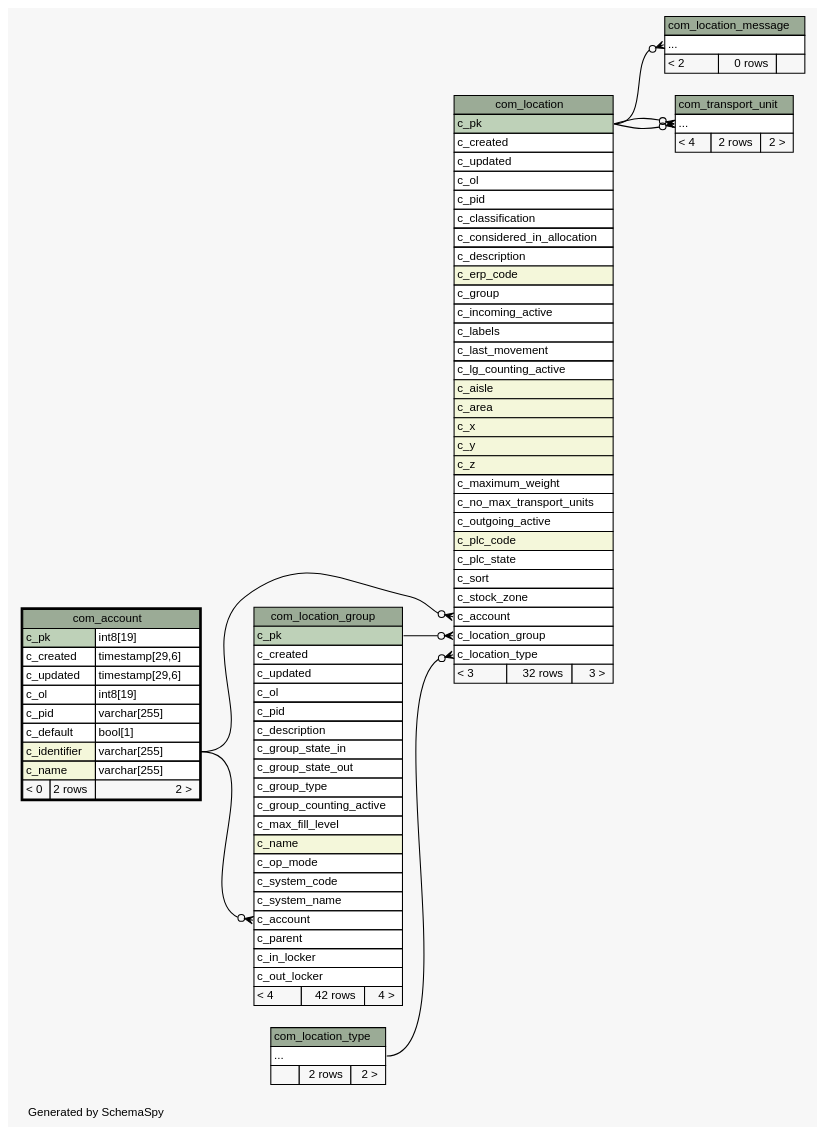
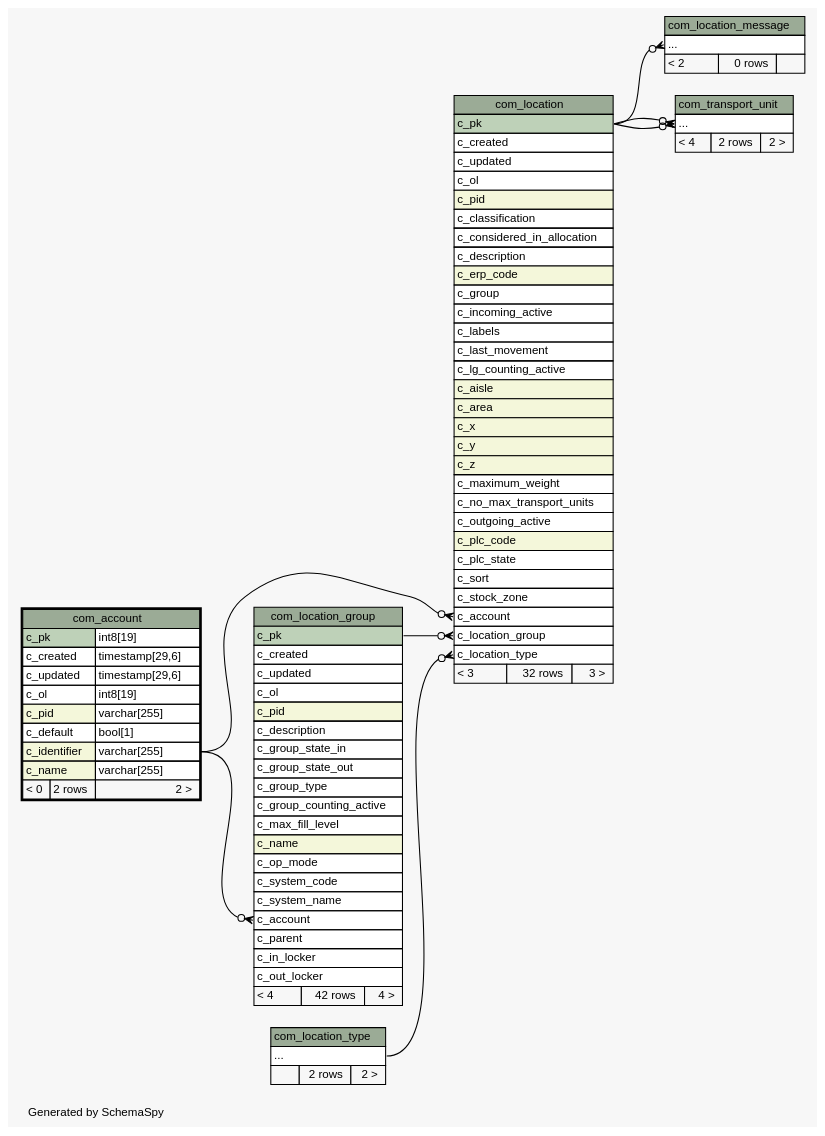
The diagram in 2.0.0-SNAPSHOT/schemaspy/diagrams/com_account.2degrees.dot (openwms/org.openwms.common.service.lib), drawn with Graphviz before and after one commit. The commit also changed 522 other files, not shown here.

```diff
--- a/2.0.0-SNAPSHOT/schemaspy/diagrams/com_account.2degrees.dot
+++ b/2.0.0-SNAPSHOT/schemaspy/diagrams/com_account.2degrees.dot
@@ -1,142 +1,142 @@
 // dot 2.43.0 on Linux 5.11.0-1028-azure
 // SchemaSpy rev Unknown
 digraph "twoDegreesRelationshipsDiagram" {
   graph [
     rankdir="RL"
     bgcolor="#f7f7f7"
     label="\nGenerated by SchemaSpy"
     labeljust="l"
     nodesep="0.18"
     ranksep="0.46"
     fontname="Helvetica"
     fontsize="11"
   ];
   node [
     fontname="Helvetica"
     fontsize="11"
     shape="plaintext"
   ];
   edge [
     arrowsize="0.8"
   ];
   "com_location":"c_account":w -> "com_account":"c_identifier.type":e [arrowhead=none dir=back arrowtail=crowodot];
   "com_location":"c_location_group":w -> "com_location_group":"c_pk":e [arrowhead=none dir=back arrowtail=crowodot];
   "com_location":"c_location_type":w -> "com_location_type":"elipses":e [arrowhead=none dir=back arrowtail=crowodot];
   "com_location_group":"c_account":w -> "com_account":"c_identifier.type":e [arrowhead=none dir=back arrowtail=crowodot];
   "com_location_message":"elipses":w -> "com_location":"c_pk":e [arrowhead=none dir=back arrowtail=crowodot];
   "com_transport_unit":"elipses":w -> "com_location":"c_pk":e [arrowhead=none dir=back arrowtail=crowodot];
   "com_transport_unit":"elipses":w -> "com_location":"c_pk":e [arrowhead=none dir=back arrowtail=crowodot];
   "com_account" [
     label=<
     <TABLE BORDER="2" CELLBORDER="1" CELLSPACING="0" BGCOLOR="#ffffff">
       <TR><TD COLSPAN="3" BGCOLOR="#9bab96" ALIGN="CENTER">com_account</TD></TR>
       <TR><TD PORT="c_pk" COLSPAN="2" BGCOLOR="#bed1b8" ALIGN="LEFT">c_pk</TD><TD PORT="c_pk.type" ALIGN="LEFT">int8[19]</TD></TR>
       <TR><TD PORT="c_created" COLSPAN="2" ALIGN="LEFT">c_created</TD><TD PORT="c_created.type" ALIGN="LEFT">timestamp[29,6]</TD></TR>
       <TR><TD PORT="c_updated" COLSPAN="2" ALIGN="LEFT">c_updated</TD><TD PORT="c_updated.type" ALIGN="LEFT">timestamp[29,6]</TD></TR>
       <TR><TD PORT="c_ol" COLSPAN="2" ALIGN="LEFT">c_ol</TD><TD PORT="c_ol.type" ALIGN="LEFT">int8[19]</TD></TR>
-      <TR><TD PORT="c_pid" COLSPAN="2" ALIGN="LEFT">c_pid</TD><TD PORT="c_pid.type" ALIGN="LEFT">varchar[255]</TD></TR>
+      <TR><TD PORT="c_pid" COLSPAN="2" BGCOLOR="#f4f7da" ALIGN="LEFT">c_pid</TD><TD PORT="c_pid.type" ALIGN="LEFT">varchar[255]</TD></TR>
       <TR><TD PORT="c_default" COLSPAN="2" ALIGN="LEFT">c_default</TD><TD PORT="c_default.type" ALIGN="LEFT">bool[1]</TD></TR>
       <TR><TD PORT="c_identifier" COLSPAN="2" BGCOLOR="#f4f7da" ALIGN="LEFT">c_identifier</TD><TD PORT="c_identifier.type" ALIGN="LEFT">varchar[255]</TD></TR>
       <TR><TD PORT="c_name" COLSPAN="2" BGCOLOR="#f4f7da" ALIGN="LEFT">c_name</TD><TD PORT="c_name.type" ALIGN="LEFT">varchar[255]</TD></TR>
       <TR><TD ALIGN="LEFT" BGCOLOR="#f7f7f7">&lt; 0</TD><TD ALIGN="RIGHT" BGCOLOR="#f7f7f7">2 rows</TD><TD ALIGN="RIGHT" BGCOLOR="#f7f7f7">2 &gt;</TD></TR>
     </TABLE>>
     URL="com_account.html"
     tooltip="com_account"
   ];
   "com_location" [
     label=<
     <TABLE BORDER="0" CELLBORDER="1" CELLSPACING="0" BGCOLOR="#ffffff">
       <TR><TD COLSPAN="3" BGCOLOR="#9bab96" ALIGN="CENTER">com_location</TD></TR>
       <TR><TD PORT="c_pk" COLSPAN="3" BGCOLOR="#bed1b8" ALIGN="LEFT">c_pk</TD></TR>
       <TR><TD PORT="c_created" COLSPAN="3" ALIGN="LEFT">c_created</TD></TR>
       <TR><TD PORT="c_updated" COLSPAN="3" ALIGN="LEFT">c_updated</TD></TR>
       <TR><TD PORT="c_ol" COLSPAN="3" ALIGN="LEFT">c_ol</TD></TR>
-      <TR><TD PORT="c_pid" COLSPAN="3" ALIGN="LEFT">c_pid</TD></TR>
+      <TR><TD PORT="c_pid" COLSPAN="3" BGCOLOR="#f4f7da" ALIGN="LEFT">c_pid</TD></TR>
       <TR><TD PORT="c_classification" COLSPAN="3" ALIGN="LEFT">c_classification</TD></TR>
       <TR><TD PORT="c_considered_in_allocation" COLSPAN="3" ALIGN="LEFT">c_considered_in_allocation</TD></TR>
       <TR><TD PORT="c_description" COLSPAN="3" ALIGN="LEFT">c_description</TD></TR>
       <TR><TD PORT="c_erp_code" COLSPAN="3" BGCOLOR="#f4f7da" ALIGN="LEFT">c_erp_code</TD></TR>
       <TR><TD PORT="c_group" COLSPAN="3" ALIGN="LEFT">c_group</TD></TR>
       <TR><TD PORT="c_incoming_active" COLSPAN="3" ALIGN="LEFT">c_incoming_active</TD></TR>
       <TR><TD PORT="c_labels" COLSPAN="3" ALIGN="LEFT">c_labels</TD></TR>
       <TR><TD PORT="c_last_movement" COLSPAN="3" ALIGN="LEFT">c_last_movement</TD></TR>
       <TR><TD PORT="c_lg_counting_active" COLSPAN="3" ALIGN="LEFT">c_lg_counting_active</TD></TR>
       <TR><TD PORT="c_aisle" COLSPAN="3" BGCOLOR="#f4f7da" ALIGN="LEFT">c_aisle</TD></TR>
       <TR><TD PORT="c_area" COLSPAN="3" BGCOLOR="#f4f7da" ALIGN="LEFT">c_area</TD></TR>
       <TR><TD PORT="c_x" COLSPAN="3" BGCOLOR="#f4f7da" ALIGN="LEFT">c_x</TD></TR>
       <TR><TD PORT="c_y" COLSPAN="3" BGCOLOR="#f4f7da" ALIGN="LEFT">c_y</TD></TR>
       <TR><TD PORT="c_z" COLSPAN="3" BGCOLOR="#f4f7da" ALIGN="LEFT">c_z</TD></TR>
       <TR><TD PORT="c_maximum_weight" COLSPAN="3" ALIGN="LEFT">c_maximum_weight</TD></TR>
       <TR><TD PORT="c_no_max_transport_units" COLSPAN="3" ALIGN="LEFT">c_no_max_transport_units</TD></TR>
       <TR><TD PORT="c_outgoing_active" COLSPAN="3" ALIGN="LEFT">c_outgoing_active</TD></TR>
       <TR><TD PORT="c_plc_code" COLSPAN="3" BGCOLOR="#f4f7da" ALIGN="LEFT">c_plc_code</TD></TR>
       <TR><TD PORT="c_plc_state" COLSPAN="3" ALIGN="LEFT">c_plc_state</TD></TR>
       <TR><TD PORT="c_sort" COLSPAN="3" ALIGN="LEFT">c_sort</TD></TR>
       <TR><TD PORT="c_stock_zone" COLSPAN="3" ALIGN="LEFT">c_stock_zone</TD></TR>
       <TR><TD PORT="c_account" COLSPAN="3" ALIGN="LEFT">c_account</TD></TR>
       <TR><TD PORT="c_location_group" COLSPAN="3" ALIGN="LEFT">c_location_group</TD></TR>
       <TR><TD PORT="c_location_type" COLSPAN="3" ALIGN="LEFT">c_location_type</TD></TR>
       <TR><TD ALIGN="LEFT" BGCOLOR="#f7f7f7">&lt; 3</TD><TD ALIGN="RIGHT" BGCOLOR="#f7f7f7">32 rows</TD><TD ALIGN="RIGHT" BGCOLOR="#f7f7f7">3 &gt;</TD></TR>
     </TABLE>>
     URL="com_location.html"
     tooltip="com_location"
   ];
   "com_location_group" [
     label=<
     <TABLE BORDER="0" CELLBORDER="1" CELLSPACING="0" BGCOLOR="#ffffff">
       <TR><TD COLSPAN="3" BGCOLOR="#9bab96" ALIGN="CENTER">com_location_group</TD></TR>
       <TR><TD PORT="c_pk" COLSPAN="3" BGCOLOR="#bed1b8" ALIGN="LEFT">c_pk</TD></TR>
       <TR><TD PORT="c_created" COLSPAN="3" ALIGN="LEFT">c_created</TD></TR>
       <TR><TD PORT="c_updated" COLSPAN="3" ALIGN="LEFT">c_updated</TD></TR>
       <TR><TD PORT="c_ol" COLSPAN="3" ALIGN="LEFT">c_ol</TD></TR>
-      <TR><TD PORT="c_pid" COLSPAN="3" ALIGN="LEFT">c_pid</TD></TR>
+      <TR><TD PORT="c_pid" COLSPAN="3" BGCOLOR="#f4f7da" ALIGN="LEFT">c_pid</TD></TR>
       <TR><TD PORT="c_description" COLSPAN="3" ALIGN="LEFT">c_description</TD></TR>
       <TR><TD PORT="c_group_state_in" COLSPAN="3" ALIGN="LEFT">c_group_state_in</TD></TR>
       <TR><TD PORT="c_group_state_out" COLSPAN="3" ALIGN="LEFT">c_group_state_out</TD></TR>
       <TR><TD PORT="c_group_type" COLSPAN="3" ALIGN="LEFT">c_group_type</TD></TR>
       <TR><TD PORT="c_group_counting_active" COLSPAN="3" ALIGN="LEFT">c_group_counting_active</TD></TR>
       <TR><TD PORT="c_max_fill_level" COLSPAN="3" ALIGN="LEFT">c_max_fill_level</TD></TR>
       <TR><TD PORT="c_name" COLSPAN="3" BGCOLOR="#f4f7da" ALIGN="LEFT">c_name</TD></TR>
       <TR><TD PORT="c_op_mode" COLSPAN="3" ALIGN="LEFT">c_op_mode</TD></TR>
       <TR><TD PORT="c_system_code" COLSPAN="3" ALIGN="LEFT">c_system_code</TD></TR>
       <TR><TD PORT="c_system_name" COLSPAN="3" ALIGN="LEFT">c_system_name</TD></TR>
       <TR><TD PORT="c_account" COLSPAN="3" ALIGN="LEFT">c_account</TD></TR>
       <TR><TD PORT="c_parent" COLSPAN="3" ALIGN="LEFT">c_parent</TD></TR>
       <TR><TD PORT="c_in_locker" COLSPAN="3" ALIGN="LEFT">c_in_locker</TD></TR>
       <TR><TD PORT="c_out_locker" COLSPAN="3" ALIGN="LEFT">c_out_locker</TD></TR>
       <TR><TD ALIGN="LEFT" BGCOLOR="#f7f7f7">&lt; 4</TD><TD ALIGN="RIGHT" BGCOLOR="#f7f7f7">42 rows</TD><TD ALIGN="RIGHT" BGCOLOR="#f7f7f7">4 &gt;</TD></TR>
     </TABLE>>
     URL="com_location_group.html"
     tooltip="com_location_group"
   ];
   "com_location_message" [
     label=<
     <TABLE BORDER="0" CELLBORDER="1" CELLSPACING="0" BGCOLOR="#ffffff">
       <TR><TD COLSPAN="3" BGCOLOR="#9bab96" ALIGN="CENTER">com_location_message</TD></TR>
       <TR><TD PORT="elipses" COLSPAN="3" ALIGN="LEFT">...</TD></TR>
       <TR><TD ALIGN="LEFT" BGCOLOR="#f7f7f7">&lt; 2</TD><TD ALIGN="RIGHT" BGCOLOR="#f7f7f7">0 rows</TD><TD ALIGN="RIGHT" BGCOLOR="#f7f7f7">  </TD></TR>
     </TABLE>>
     URL="com_location_message.html"
     tooltip="com_location_message"
   ];
   "com_location_type" [
     label=<
     <TABLE BORDER="0" CELLBORDER="1" CELLSPACING="0" BGCOLOR="#ffffff">
       <TR><TD COLSPAN="3" BGCOLOR="#9bab96" ALIGN="CENTER">com_location_type</TD></TR>
       <TR><TD PORT="elipses" COLSPAN="3" ALIGN="LEFT">...</TD></TR>
       <TR><TD ALIGN="LEFT" BGCOLOR="#f7f7f7">  </TD><TD ALIGN="RIGHT" BGCOLOR="#f7f7f7">2 rows</TD><TD ALIGN="RIGHT" BGCOLOR="#f7f7f7">2 &gt;</TD></TR>
     </TABLE>>
     URL="com_location_type.html"
     tooltip="com_location_type"
   ];
   "com_transport_unit" [
     label=<
     <TABLE BORDER="0" CELLBORDER="1" CELLSPACING="0" BGCOLOR="#ffffff">
       <TR><TD COLSPAN="3" BGCOLOR="#9bab96" ALIGN="CENTER">com_transport_unit</TD></TR>
       <TR><TD PORT="elipses" COLSPAN="3" ALIGN="LEFT">...</TD></TR>
       <TR><TD ALIGN="LEFT" BGCOLOR="#f7f7f7">&lt; 4</TD><TD ALIGN="RIGHT" BGCOLOR="#f7f7f7">2 rows</TD><TD ALIGN="RIGHT" BGCOLOR="#f7f7f7">2 &gt;</TD></TR>
     </TABLE>>
     URL="com_transport_unit.html"
     tooltip="com_transport_unit"
   ];
 }
```
